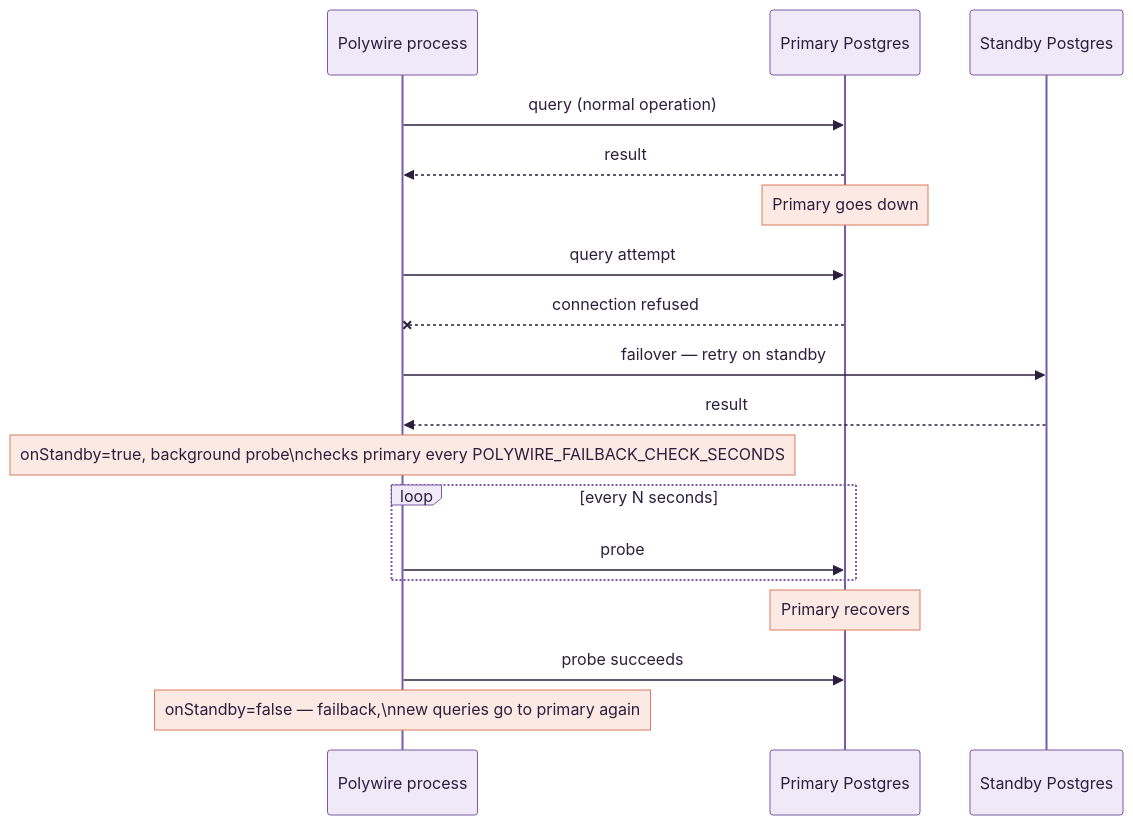
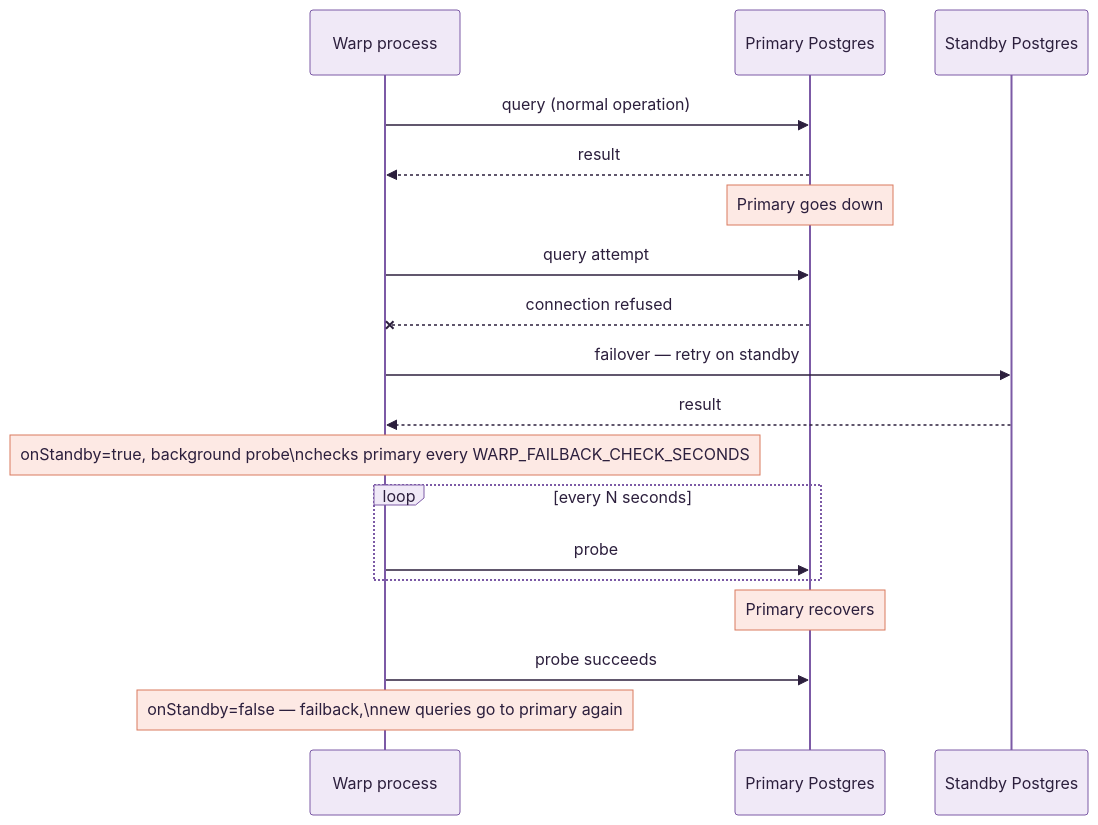
The seventh of 8 diagrams in docs/USE_CASE_GUIDE.md (polygres26/Docker), drawn with Mermaid before and after one commit. The commit also changed other lines of this file and 260 other files, not shown here.

````diff
--- a/docs/USE_CASE_GUIDE.md
+++ b/docs/USE_CASE_GUIDE.md
@@ -273,22 +273,22 @@
 ```mermaid
 %%{init: {'theme':'base', 'themeVariables': {'primaryColor':'#f0e9f7','primaryTextColor':'#2c1f3d','primaryBorderColor':'#7c5aa6','lineColor':'#7c5aa6','secondaryColor':'#fde9e4','secondaryTextColor':'#2c1f3d','tertiaryColor':'#e2f3ef','tertiaryTextColor':'#2c1f3d','noteBkgColor':'#fde9e4','noteTextColor':'#2c1f3d','noteBorderColor':'#d97a5f','fontSize':'18px','fontFamily':'-apple-system, Helvetica, Arial, sans-serif'}}}%%
 sequenceDiagram
-    participant PW as Polywire process
+    participant PW as Warp process
     participant P as Primary Postgres
     participant S as Standby Postgres
 
     PW->>P: query (normal operation)
     P-->>PW: result
     Note over P: Primary goes down
     PW->>P: query attempt
     P--xPW: connection refused
     PW->>S: failover — retry on standby
     S-->>PW: result
-    Note over PW: onStandby=true, background probe\nchecks primary every POLYWIRE_FAILBACK_CHECK_SECONDS
+    Note over PW: onStandby=true, background probe\nchecks primary every WARP_FAILBACK_CHECK_SECONDS
     loop every N seconds
         PW->>P: probe
     end
     Note over P: Primary recovers
     PW->>P: probe succeeds
     Note over PW: onStandby=false — failback,\nnew queries go to primary again
 ```
````
